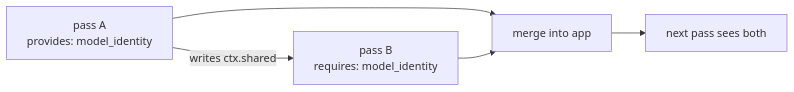
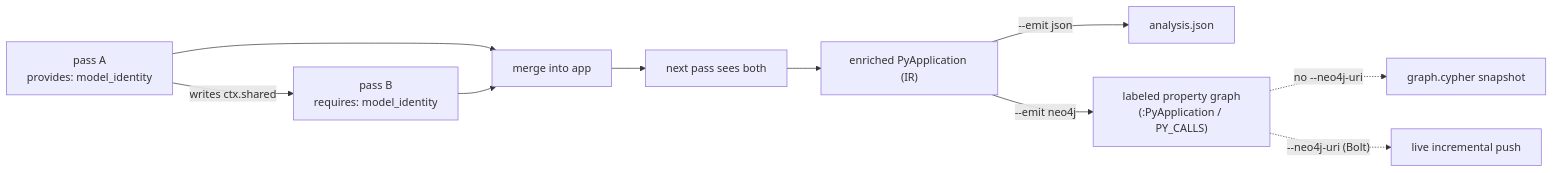
One commit to codellm-devkit/codeanalyzer-python changed the diagram in src/content/docs/extending/analysis-passes.mdx. Above: the diagram before and after it, drawn with Mermaid. The commit also changed other lines of this file and 14 other files, not shown here.

First line of the commit message:
docs: document Neo4j property-graph output (scale, Kubernetes, enterprise)

````diff
--- a/src/content/docs/extending/analysis-passes.mdx
+++ b/src/content/docs/extending/analysis-passes.mdx
@@ -48,9 +50,15 @@
 ```mermaid
 flowchart LR
     A["pass A
 provides: model_identity"] -->|writes ctx.shared| B["pass B
 requires: model_identity"]
     A --> M[merge into app]
     B --> M
     M --> N[next pass sees both]
+    N --> IR["enriched PyApplication (IR)"]
+    IR -->|"--emit json"| J["analysis.json"]
+    IR -->|"--emit neo4j"| G["labeled property graph
+(:PyApplication / PY_CALLS)"]
+    G -.->|"no --neo4j-uri"| SNAP["graph.cypher snapshot"]
+    G -.->|"--neo4j-uri (Bolt)"| LIVE["live incremental push"]
 ```
````
